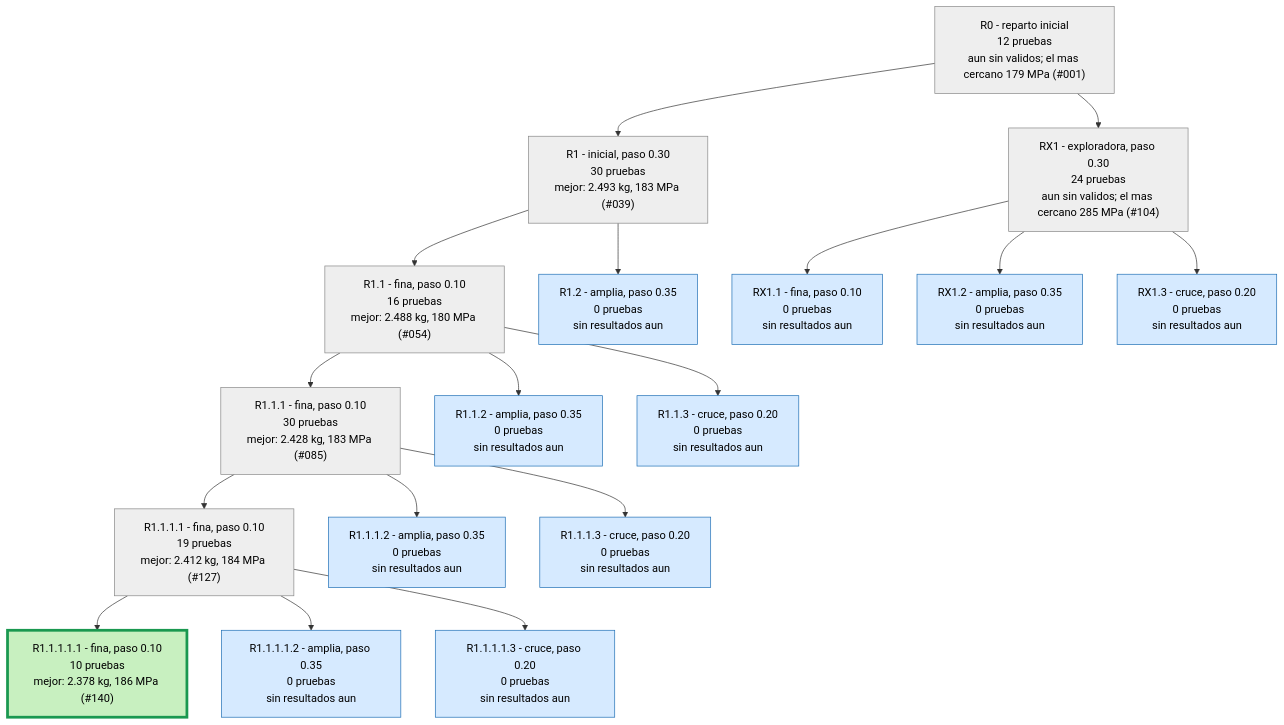
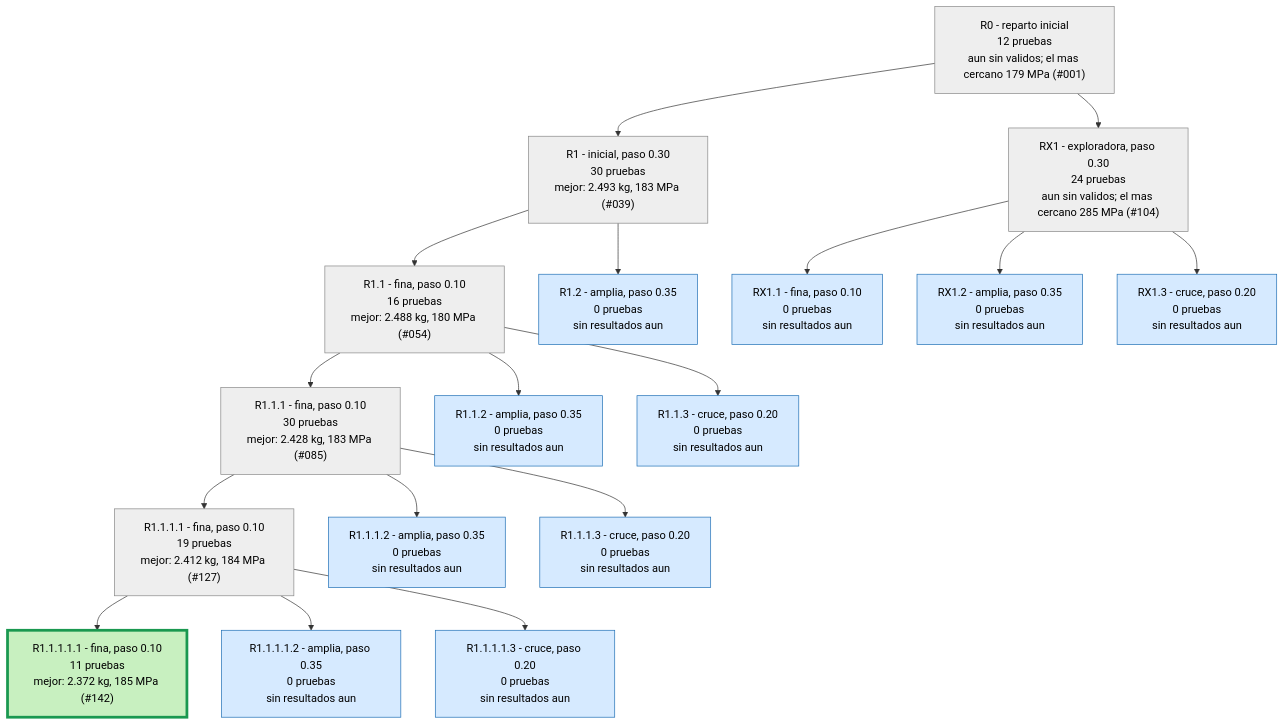
One commit to Hugiko/msd-soporte-optimizacion changed the second of 3 diagrams in runs/opt_37800N/ARBOL.md. Above: the diagram before and after it, drawn with Mermaid. The commit also changed 43 other files, not shown here.

Commit message:
NUEVO MEJOR DISENO: 2.372 kg, 185 MPa (Refuerzo + vaciado 142)

````diff
--- a/runs/opt_37800N/ARBOL.md
+++ b/runs/opt_37800N/ARBOL.md
@@ -29,39 +29,39 @@
 ```mermaid
 graph TD
 classDef activa fill:#d6eaff,stroke:#1f6fb5,color:#000
 classDef fin fill:#eeeeee,stroke:#888,color:#000
 classDef mejor fill:#c8f0c0,stroke:#1a9850,stroke-width:4px,color:#000
 R0["R0 - reparto inicial<br/>12 pruebas<br/>aun sin validos; el mas cercano 179 MPa (#001)"]:::fin
 R1["R1 - inicial, paso 0.30<br/>30 pruebas<br/>mejor: 2.493 kg, 183 MPa (#039)"]:::fin
 R0 --> R1
 R1_1["R1.1 - fina, paso 0.10<br/>16 pruebas<br/>mejor: 2.488 kg, 180 MPa (#054)"]:::fin
 R1 --> R1_1
 R1_2["R1.2 - amplia, paso 0.35<br/>0 pruebas<br/>sin resultados aun"]:::activa
 R1 --> R1_2
 R1_1_1["R1.1.1 - fina, paso 0.10<br/>30 pruebas<br/>mejor: 2.428 kg, 183 MPa (#085)"]:::fin
 R1_1 --> R1_1_1
 R1_1_2["R1.1.2 - amplia, paso 0.35<br/>0 pruebas<br/>sin resultados aun"]:::activa
 R1_1 --> R1_1_2
 R1_1_3["R1.1.3 - cruce, paso 0.20<br/>0 pruebas<br/>sin resultados aun"]:::activa
 R1_1 --> R1_1_3
 R1_1_1_1["R1.1.1.1 - fina, paso 0.10<br/>19 pruebas<br/>mejor: 2.412 kg, 184 MPa (#127)"]:::fin
 R1_1_1 --> R1_1_1_1
 R1_1_1_2["R1.1.1.2 - amplia, paso 0.35<br/>0 pruebas<br/>sin resultados aun"]:::activa
 R1_1_1 --> R1_1_1_2
 R1_1_1_3["R1.1.1.3 - cruce, paso 0.20<br/>0 pruebas<br/>sin resultados aun"]:::activa
 R1_1_1 --> R1_1_1_3
 RX1["RX1 - exploradora, paso 0.30<br/>24 pruebas<br/>aun sin validos; el mas cercano 285 MPa (#104)"]:::fin
 R0 --> RX1
 RX1_1["RX1.1 - fina, paso 0.10<br/>0 pruebas<br/>sin resultados aun"]:::activa
 RX1 --> RX1_1
 RX1_2["RX1.2 - amplia, paso 0.35<br/>0 pruebas<br/>sin resultados aun"]:::activa
 RX1 --> RX1_2
 RX1_3["RX1.3 - cruce, paso 0.20<br/>0 pruebas<br/>sin resultados aun"]:::activa
 RX1 --> RX1_3
-R1_1_1_1_1["R1.1.1.1.1 - fina, paso 0.10<br/>10 pruebas<br/>mejor: 2.378 kg, 186 MPa (#140)"]:::mejor
+R1_1_1_1_1["R1.1.1.1.1 - fina, paso 0.10<br/>11 pruebas<br/>mejor: 2.372 kg, 185 MPa (#142)"]:::mejor
 R1_1_1_1 --> R1_1_1_1_1
 R1_1_1_1_2["R1.1.1.1.2 - amplia, paso 0.35<br/>0 pruebas<br/>sin resultados aun"]:::activa
 R1_1_1_1 --> R1_1_1_1_2
 R1_1_1_1_3["R1.1.1.1.3 - cruce, paso 0.20<br/>0 pruebas<br/>sin resultados aun"]:::activa
 R1_1_1_1 --> R1_1_1_1_3
 ```
````
